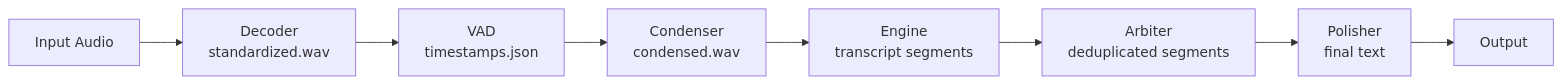
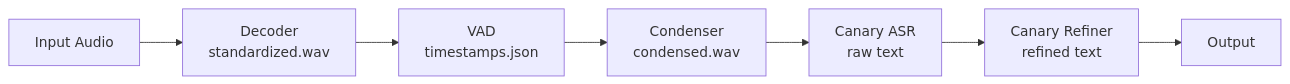
The third of 5 diagrams in Planning and Documentation/ARCHITECTURE.md (WanderingAstronomer/Vociferous), drawn with Mermaid before and after one commit. The commit also changed other lines of this file, not shown here.

Commit message:
Update ARCHITECTURE.md with Canary-Qwen dual-pass design and comprehensive documentation

````diff
--- a/Planning and Documentation/ARCHITECTURE.md
+++ b/Planning and Documentation/ARCHITECTURE.md
@@ -279,13 +307,12 @@
 ```mermaid
 graph LR
   IN[Input Audio]
   D["Decoder<br/>standardized.wav"]
   V["VAD<br/>timestamps.json"]
   C["Condenser<br/>condensed.wav"]
-  E["Engine<br/>transcript segments"]
-  A["Arbiter<br/>deduplicated segments"]
-  P["Polisher<br/>final text"]
+  ASR["Canary ASR<br/>raw text"]
+  R["Canary Refiner<br/>refined text"]
   OUT[Output]
 
-  IN --> D --> V --> C --> E --> A --> P --> OUT
+  IN --> D --> V --> C --> ASR --> R --> OUT
 ```
````
